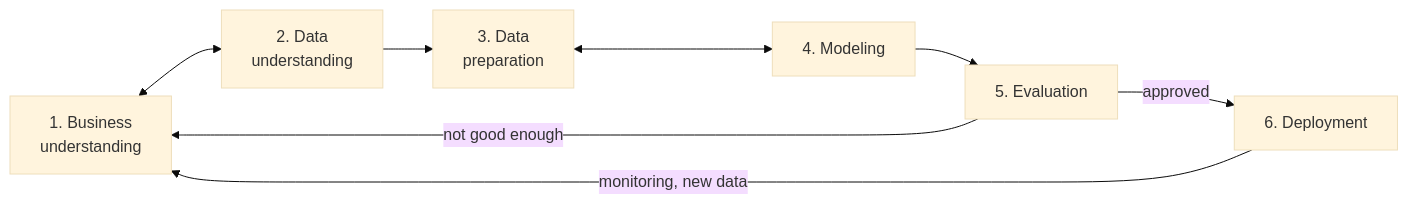
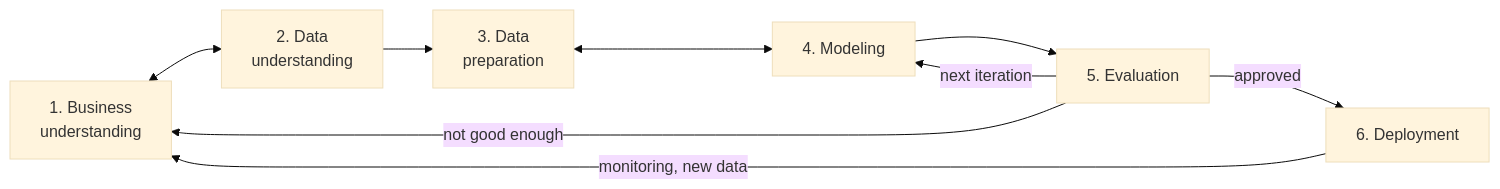
One commit to wences-psu/Stock_Price_DL changed the diagram in docs/01_crisp_dm_workflow.md. Above: the diagram before and after it, drawn with Mermaid (base theme). The commit also changed other lines of this file and 17 other files, not shown here.

````diff
--- a/docs/01_crisp_dm_workflow.md
+++ b/docs/01_crisp_dm_workflow.md
@@ -5,10 +5,11 @@
 ```mermaid
 flowchart LR
     BU[1. Business<br/>understanding] <--> DU[2. Data<br/>understanding]
     DU --> DP[3. Data<br/>preparation]
     DP <--> MO[4. Modeling]
     MO --> EV[5. Evaluation]
     EV -->|not good enough| BU
+    EV -->|next iteration| MO
     EV -->|approved| DE[6. Deployment]
     DE -->|monitoring, new data| BU
 ```
````
